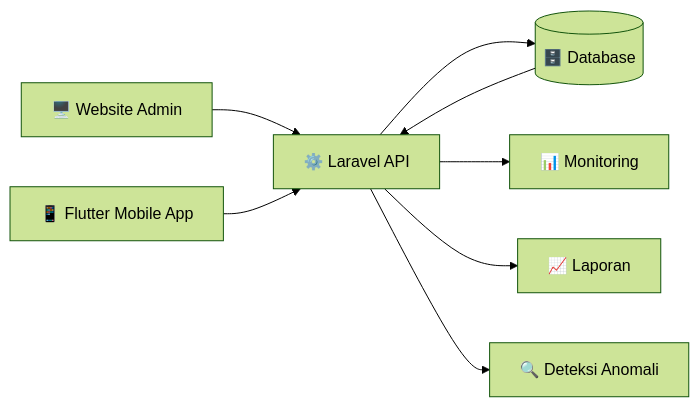
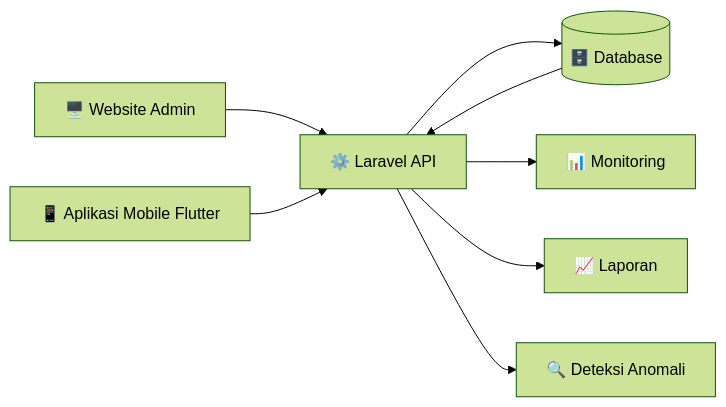
Before and after one commit to ramjitampan/BMTA-Bensin-monitoring-Telkom-akses-: the second of 3 diagrams in README.md, drawn with Mermaid (forest theme). The commit also changed other lines of this file, not shown here.

````diff
--- a/README.md
+++ b/README.md
@@ -258,10 +258,10 @@
 ```mermaid
 flowchart LR
     A[🖥️ Website Admin] --> B[⚙️ Laravel API]
-    C[📱 Flutter Mobile App] --> B
+    C[📱 Aplikasi Mobile Flutter] --> B
     B --> D[(🗄️ Database)]
     D --> B
     B --> E[📊 Monitoring]
     B --> F[📈 Laporan]
     B --> G[🔍 Deteksi Anomali]
 ```
````
